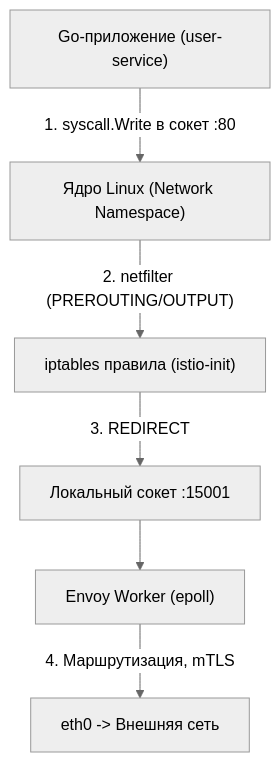
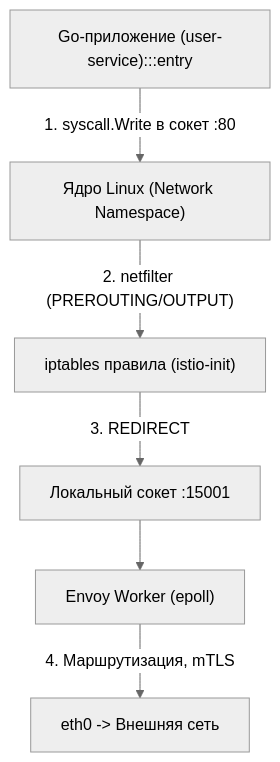
The third of 4 diagrams in sources/14. Распределенные системы на Go/06. Сеть/2. Envoy и sidecar.md (UnrealTemplier/go-textbook), drawn with Mermaid (neutral theme) before and after one commit. The commit also changed other lines of this file and 1666 other files, not shown here.

First line of the commit message:
feat(mermaid): add semantic color classDef to 1369 colorless flowchart/graph diagrams

````diff
--- a/sources/14. Распределенные системы на Go/06. Сеть/2. Envoy и sidecar.md
+++ b/sources/14. Распределенные системы на Go/06. Сеть/2. Envoy и sidecar.md
@@ -79,8 +99,18 @@
 ```mermaid
 flowchart TD
-    GoApp["Go-приложение (user-service)"] -->|"1. syscall.Write в сокет :80"| Kernel["Ядро Linux (Network Namespace)"]
+    classDef process  fill:#1e293b,stroke:#38bdf8,stroke-width:1px,color:#f8fafc
+    classDef success  fill:#064e3b,stroke:#34d399,stroke-width:1px,color:#f8fafc
+    classDef error    fill:#7f1d1d,stroke:#f87171,stroke-width:1px,color:#f8fafc
+    classDef warning  fill:#78350f,stroke:#fbbf24,stroke-width:1px,color:#f8fafc
+    classDef entry    fill:#1e3a5f,stroke:#38bdf8,stroke-width:2px,color:#f8fafc
+    classDef aux      fill:#334155,stroke:#64748b,stroke-width:1px,color:#f8fafc
+    classDef system   fill:#312e81,stroke:#a78bfa,stroke-width:1px,color:#f8fafc
+    classDef data     fill:#132d29,stroke:#2dd4bf,stroke-width:1px,color:#f8fafc
+    classDef network  fill:#881337,stroke:#fb7185,stroke-width:1px,color:#f8fafc
+    classDef accent   fill:#1e1b4b,stroke:#818cf8,stroke-width:1px,color:#f8fafc
+    GoApp["Go-приложение (user-service):::entry"] -->|"1. syscall.Write в сокет :80"| Kernel["Ядро Linux (Network Namespace)"]
     Kernel -->|"2. netfilter (PREROUTING/OUTPUT)"| Rules["iptables правила (istio-init)"]
     Rules -->|"3. REDIRECT"| EnvoyPort["Локальный сокет :15001"]
     EnvoyPort --> Envoy["Envoy Worker (epoll)"]
     Envoy -->|"4. Маршрутизация, mTLS"| PhysicalNet["eth0 -> Внешняя сеть"]
 ```
````
